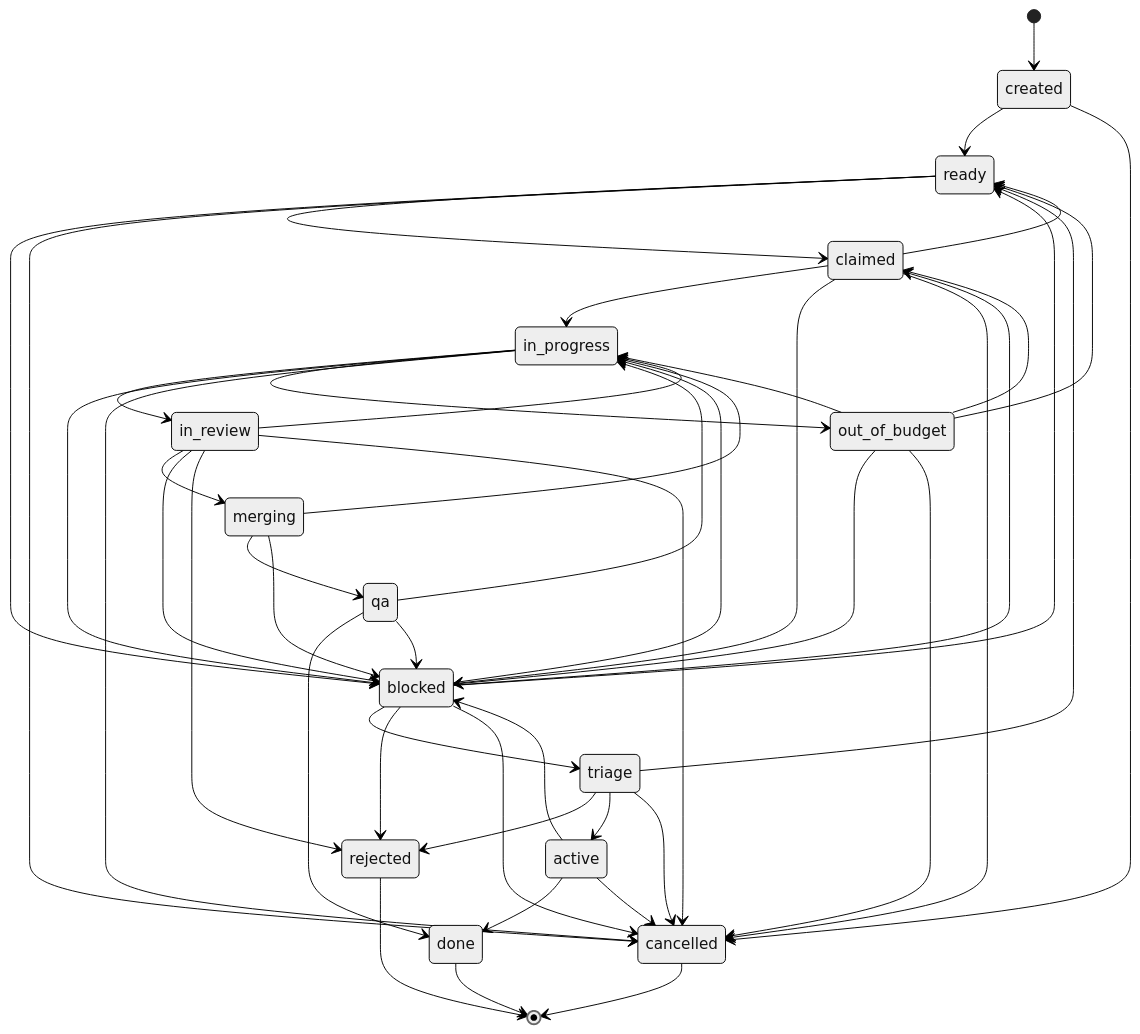
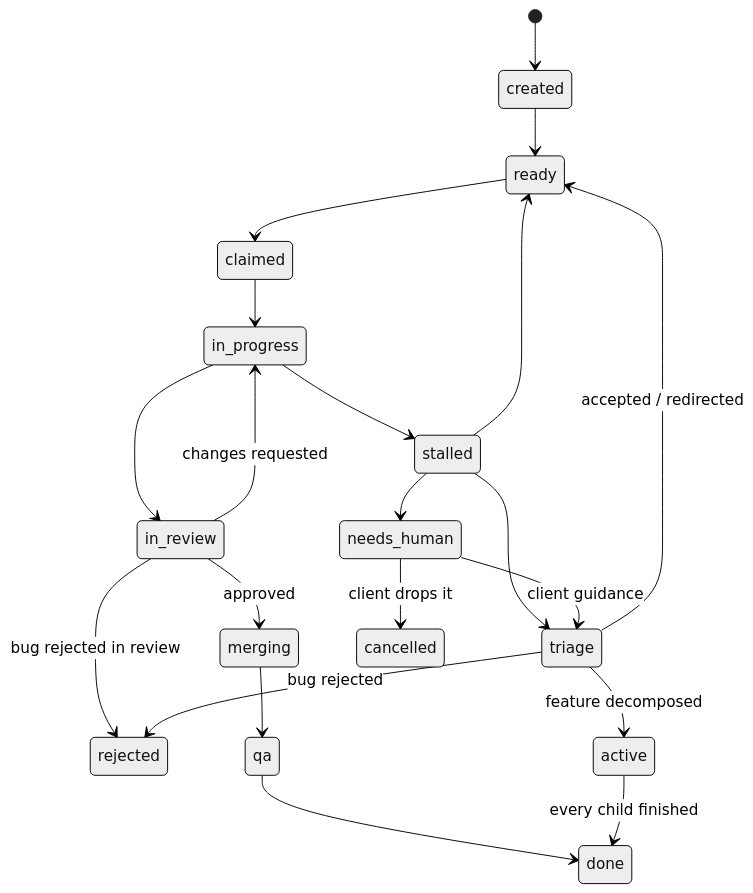
Before and after one commit to rachiet/forge: the second of 2 diagrams in ARCHITECTURE.md, drawn with Mermaid (neutral theme). The commit also changed other lines of this file and 2 other files, not shown here.

````diff
--- a/ARCHITECTURE.md
+++ b/ARCHITECTURE.md
@@ -724,61 +160,23 @@
 ```mermaid
 stateDiagram-v2
     [*] --> created
-
     created --> ready
-    created --> cancelled
-
     ready --> claimed
-    ready --> blocked
-    ready --> cancelled
-
     claimed --> in_progress
-    claimed --> ready
-    claimed --> blocked
-    claimed --> cancelled
-
     in_progress --> in_review
-    in_progress --> blocked
-    in_progress --> out_of_budget
-    in_progress --> cancelled
-
-    in_review --> merging
-    in_review --> in_progress
-    in_review --> blocked
-    in_review --> rejected
-    in_review --> cancelled
-
+    in_review --> merging: approved
+    in_review --> in_progress: changes requested
+    in_review --> rejected: bug rejected in review
     merging --> qa
-    merging --> in_progress
-    merging --> blocked
-
     qa --> done
-    qa --> in_progress
-    qa --> blocked
-
-    blocked --> ready
-    blocked --> claimed
-    blocked --> in_progress
-    blocked --> triage
-    blocked --> rejected
-    blocked --> cancelled
-
-    out_of_budget --> ready
-    out_of_budget --> claimed
-    out_of_budget --> in_progress
-    out_of_budget --> blocked
-    out_of_budget --> cancelled
-
-    triage --> ready
-    triage --> rejected
-    triage --> active
-    triage --> cancelled
-
-    active --> done
-    active --> blocked
-    active --> cancelled
-
-    done --> [*]
-    rejected --> [*]
-    cancelled --> [*]
+    triage --> ready: accepted / redirected
+    triage --> active: feature decomposed
+    triage --> rejected: bug rejected
+    active --> done: every child finished
+    in_progress --> stalled
+    stalled --> ready
+    stalled --> triage
+    stalled --> needs_human
+    needs_human --> triage: client guidance
+    needs_human --> cancelled: client drops it
 ```
````
